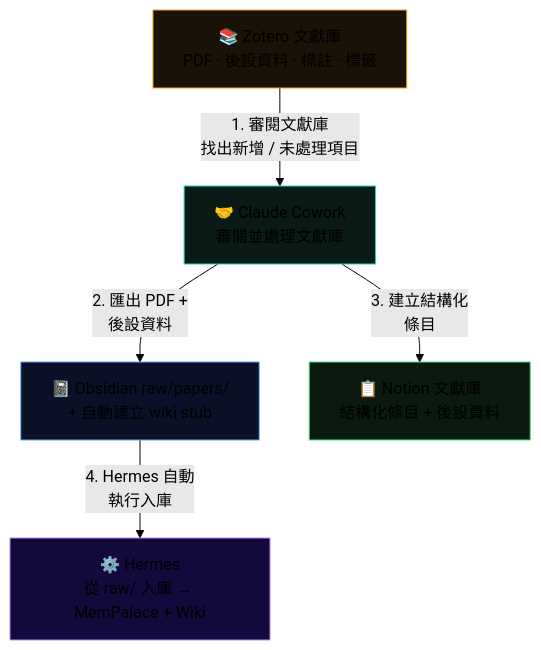
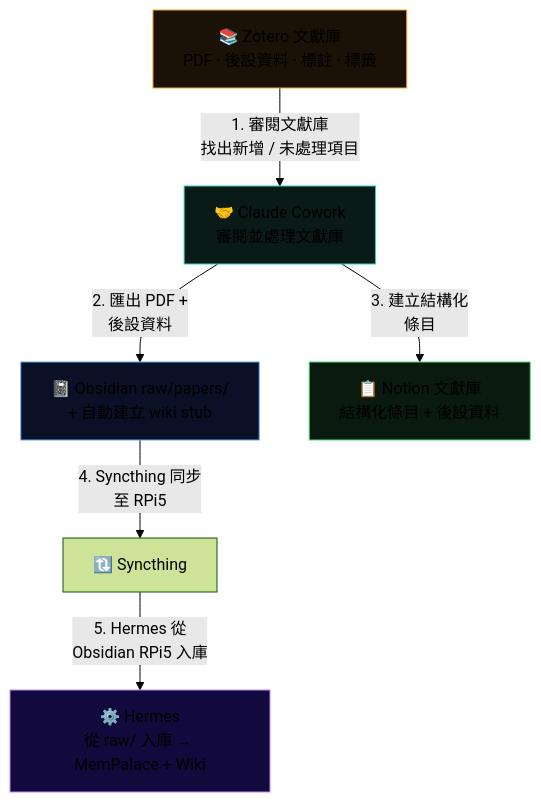
The fourth of 7 diagrams in README-zh-tw.md (omankz/Hermes-Agent---Claude-Cowork---Notion---Obsidian), drawn with Mermaid (forest theme) before and after one commit. The commit also changed other lines of this file, not shown here.

````diff
--- a/README-zh-tw.md
+++ b/README-zh-tw.md
@@ -544,28 +543,30 @@
 ```mermaid
 flowchart TD
     Z["📚 Zotero 文獻庫
 PDF · 後設資料 · 標註 · 標籤"]
     CW["🤝 Claude Cowork
 審閱並處理文獻庫"]
     OB["📓 Obsidian raw/papers/
 + 自動建立 wiki stub"]
     NT["📋 Notion 文獻庫
 結構化條目 + 後設資料"]
     H["⚙️ Hermes
 從 raw/ 入庫 → MemPalace + Wiki"]
 
     Z -->|"1. 審閱文獻庫
 找出新增 / 未處理項目"| CW
     CW -->|"2. 匯出 PDF +
 後設資料"| OB
     CW -->|"3. 建立結構化
 條目"| NT
-    OB -->|"4. Hermes 自動
-執行入庫"| H
+    OB -->|"4. Syncthing 同步
+至 RPi5"| S2["🔃 Syncthing"]
+    S2 -->|"5. Hermes 從
+Obsidian RPi5 入庫"| H
 
     style Z fill:#1a1207,stroke:#f5a623
     style CW fill:#0a1a17,stroke:#2dd4bf
     style OB fill:#0a1127,stroke:#60a5fa
     style NT fill:#0a1a0f,stroke:#4ade80
     style H fill:#12093d,stroke:#c084fc
 ```
````
